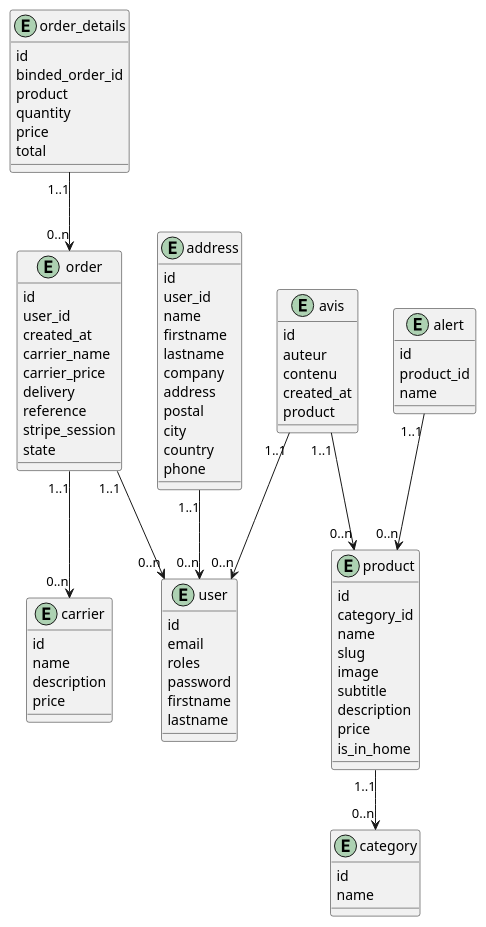
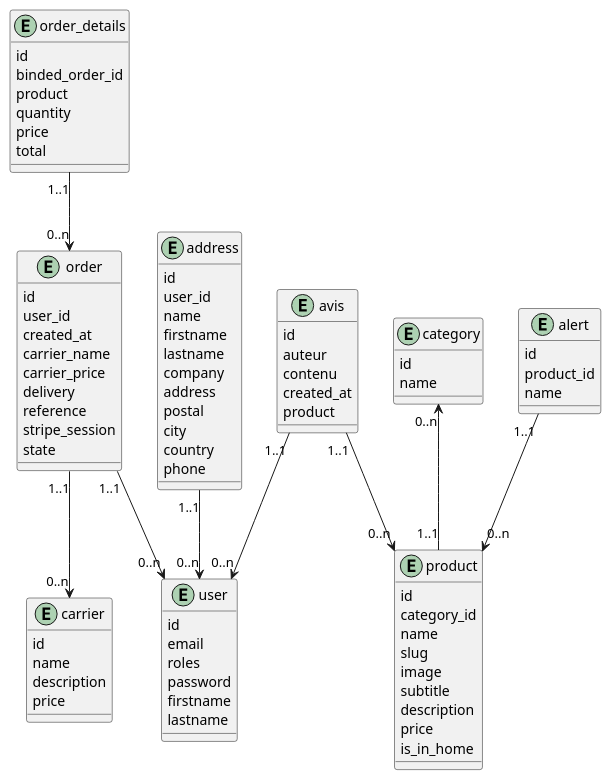
Before and after one commit to wdavid93/Ma_Boutique: the seventh of 8 diagrams in Documentation/Dossier Projets/dossier projet - développeur web et web mobile.adoc, drawn with PlantUML. The commit also changed other lines of this file and 18 other files, not shown here.

```diff
--- a/Documentation/Dossier Projets/dossier projet - développeur web et web mobile.adoc
+++ b/Documentation/Dossier Projets/dossier projet - développeur web et web mobile.adoc
@@ -114,4 +398,4 @@
-[plantuml, target=database-map, format=png]
+[plantuml, target=database-map, format=png, align=center]
 ----
 
 entity address {
@@ -202,8 +486,8 @@
 order "1..1" --> "0..n" user
 order "1..1" --> "0..n" carrier
 order_details "1..1" --> "0..n" order
-product "1..1" --> "0..n" category
 avis "1..1" --> "0..n" user
 avis "1..1" --> "0..n" product
+category "0..n" <-- "1..1" product
 
 ----
```
